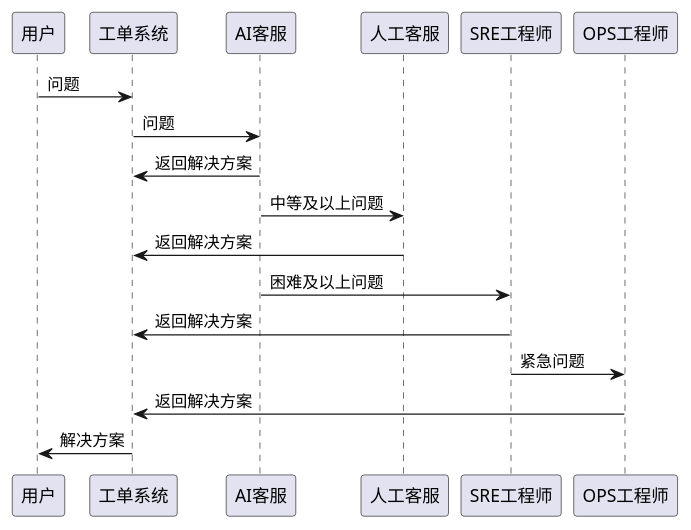
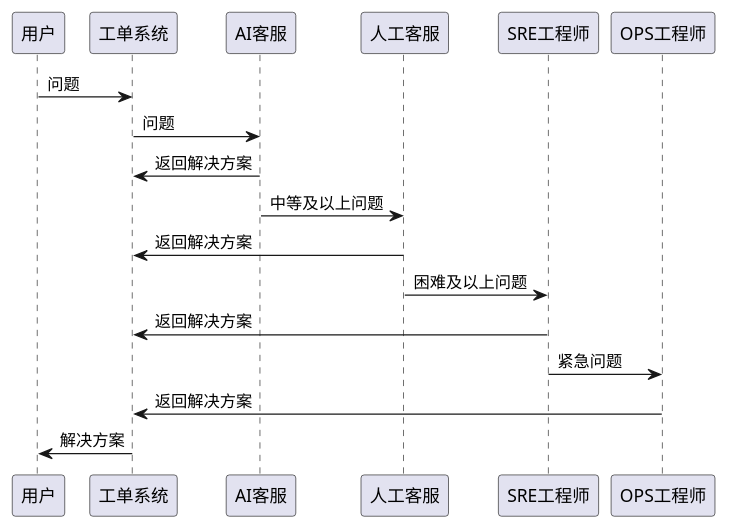
Before and after one commit to BaoCola/yunz-digital-garden: the diagram in src/site/notes/02.Blog/coding/行为设计模式之责任链.md, drawn with PlantUML. The commit also changed other lines of this file, not shown here.

Commit message:
Update content src/site/notes/02.Blog/coding/行为设计模式之责任链.md

````diff
--- a/src/site/notes/02.Blog/coding/行为设计模式之责任链.md
+++ b/src/site/notes/02.Blog/coding/行为设计模式之责任链.md
@@ -21,14 +21,14 @@
 ```plantuml
 @startuml 
 用户 -> 工单系统: 问题
 工单系统 -> AI客服: 问题
 工单系统 <- AI客服: 返回解决方案
 AI客服 -> 人工客服: 中等及以上问题
 人工客服 -> 工单系统: 返回解决方案
-AI客服 -> SRE工程师: 困难及以上问题
+人工客服 -> SRE工程师: 困难及以上问题
 SRE工程师 -> 工单系统: 返回解决方案
 SRE工程师 -> OPS工程师: 紧急问题
 OPS工程师 -> 工单系统: 返回解决方案
 工单系统 -> 用户: 解决方案
 @enduml
 ```
````
